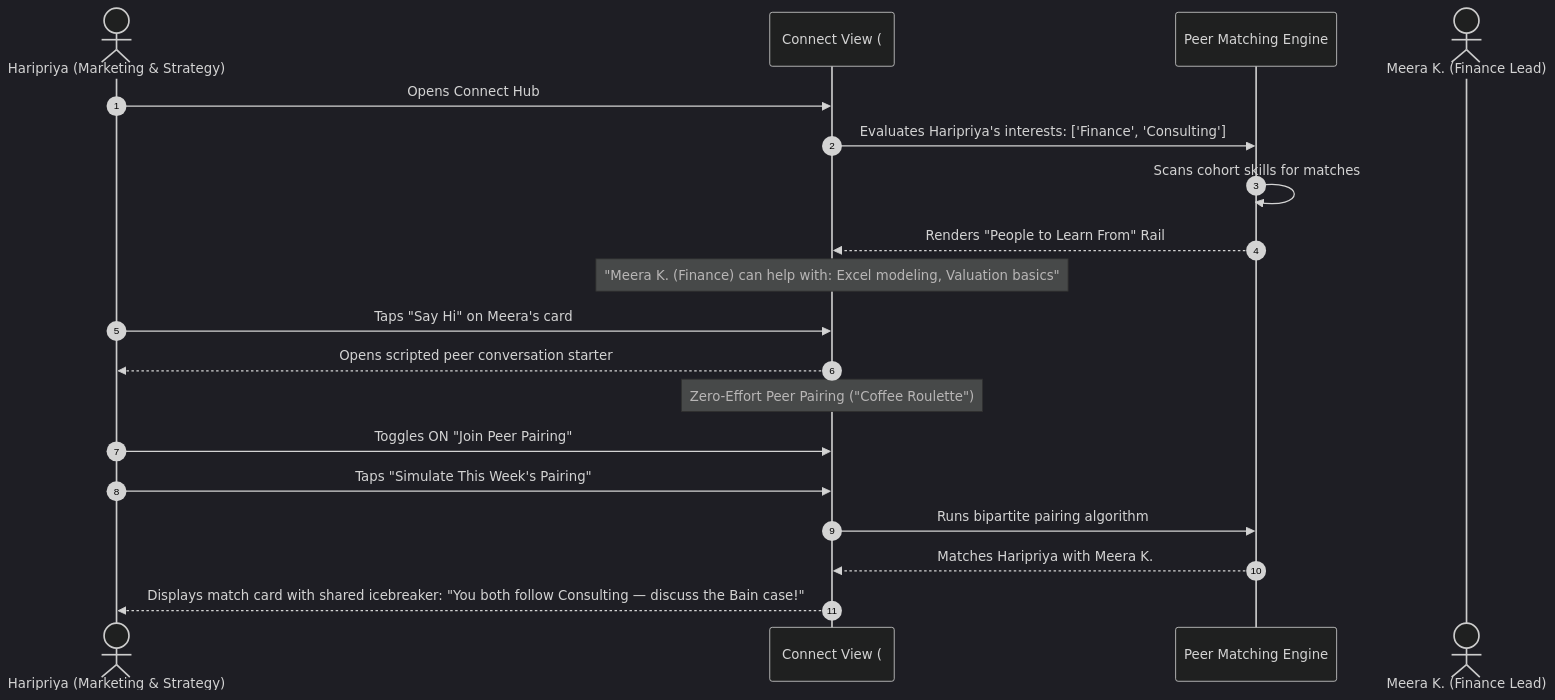
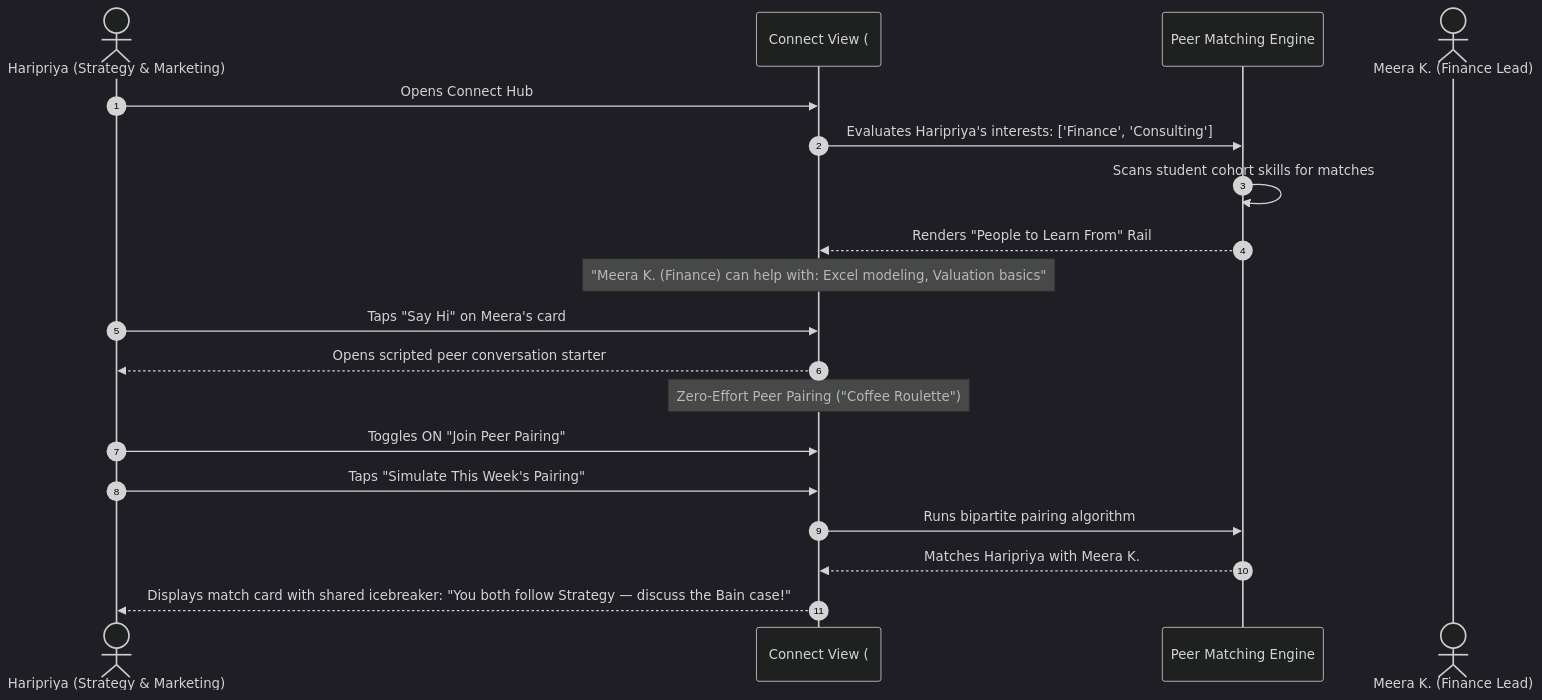
The fifth of 7 diagrams in README.md (pavitrapoojary/peerly), drawn with Mermaid (dark theme) before and after one commit. The commit also changed other lines of this file and 6 other files, not shown here.

````diff
--- a/README.md
+++ b/README.md
@@ -273,24 +275,24 @@
 ```mermaid
 sequenceDiagram
     autonumber
-    actor Haripriya as Haripriya (Marketing & Strategy)
+    actor Haripriya as Haripriya (Strategy & Marketing)
     participant Connect as Connect View (#/connect)
     participant Engine as Peer Matching Engine
     actor Meera as Meera K. (Finance Lead)
 
     Haripriya->>Connect: Opens Connect Hub
     Connect->>Engine: Evaluates Haripriya's interests: ['Finance', 'Consulting']
-    Engine->>Engine: Scans cohort skills for matches
+    Engine->>Engine: Scans student cohort skills for matches
     Engine-->>Connect: Renders "People to Learn From" Rail
     Note over Connect: "Meera K. (Finance) can help with: Excel modeling, Valuation basics"
     
     Haripriya->>Connect: Taps "Say Hi" on Meera's card
     Connect-->>Haripriya: Opens scripted peer conversation starter
 
     Note over Connect: Zero-Effort Peer Pairing ("Coffee Roulette")
     Haripriya->>Connect: Toggles ON "Join Peer Pairing"
     Haripriya->>Connect: Taps "Simulate This Week's Pairing"
     Connect->>Engine: Runs bipartite pairing algorithm
     Engine-->>Connect: Matches Haripriya with Meera K.
-    Connect-->>Haripriya: Displays match card with shared icebreaker: "You both follow Consulting — discuss the Bain case!"
+    Connect-->>Haripriya: Displays match card with shared icebreaker: "You both follow Strategy — discuss the Bain case!"
 ```
````
